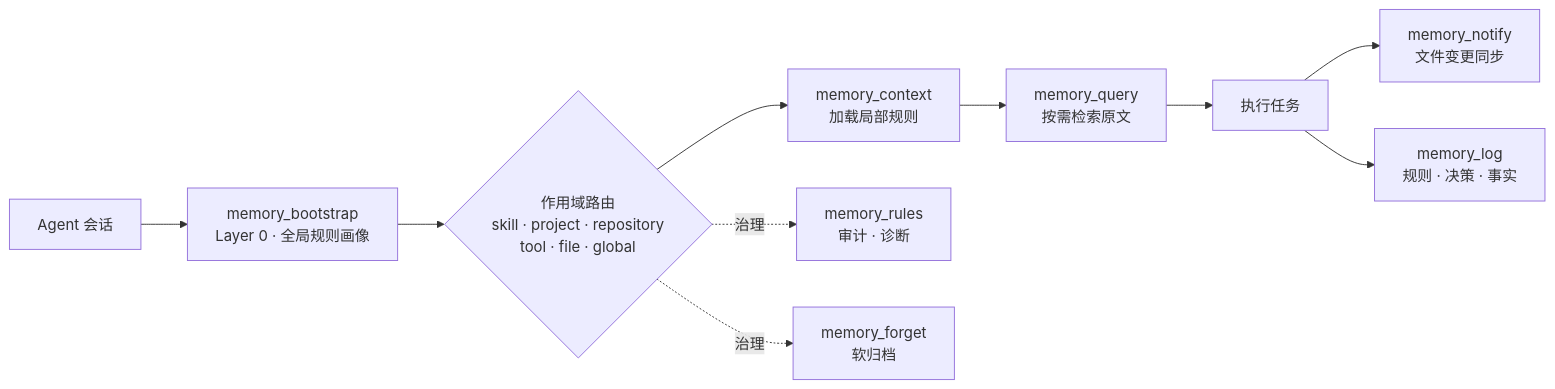
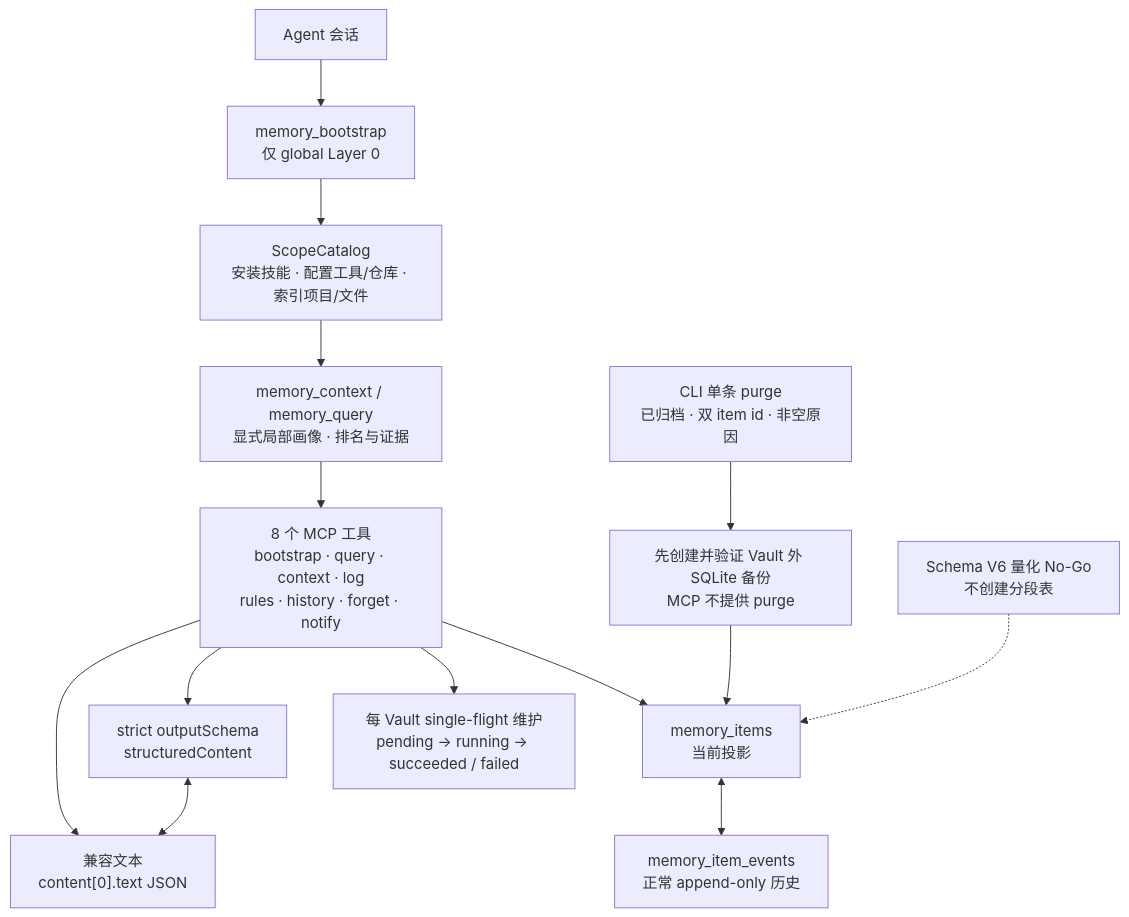
The diagram in assets/lifeos-memory.mmd (luneth90/lifeos), drawn with Mermaid before and after one commit. The commit also changed 15 other files, not shown here.

```diff
--- a/assets/lifeos-memory.mmd
+++ b/assets/lifeos-memory.mmd
@@ -1,10 +1,27 @@
-flowchart LR
-    Agent["Agent 会话"] --> Bootstrap["memory_bootstrap<br/>Layer 0 · 全局规则画像"]
-    Bootstrap --> Route{"作用域路由<br/>skill · project · repository<br/>tool · file · global"}
-    Route --> Context["memory_context<br/>加载局部规则"]
-    Context --> Query["memory_query<br/>按需检索原文"]
-    Query --> Task["执行任务"]
-    Task --> Notify["memory_notify<br/>文件变更同步"]
-    Task --> Log["memory_log<br/>规则 · 决策 · 事实"]
-    Route -. 治理 .-> Rules["memory_rules<br/>审计 · 诊断"]
-    Route -. 治理 .-> Forget["memory_forget<br/>软归档"]
+flowchart TB
+    Agent["Agent 会话"]
+    Bootstrap["memory_bootstrap<br/>仅 global Layer 0"]
+    ScopeCatalog["ScopeCatalog<br/>安装技能 · 配置工具/仓库 · 索引项目/文件"]
+    ContextQuery["memory_context / memory_query<br/>显式局部画像 · 排名与证据"]
+    EightTools["8 个 MCP 工具<br/>bootstrap · query · context · log<br/>rules · history · forget · notify"]
+    StructuredOutput["strict outputSchema<br/>structuredContent"]
+    TextOutput["兼容文本<br/>content[0].text JSON"]
+    MemoryItems["memory_items<br/>当前投影"]
+    MemoryEvents["memory_item_events<br/>正常 append-only 历史"]
+    MaintenanceState["每 Vault single-flight 维护<br/>pending → running → succeeded / failed"]
+    CliPurge["CLI 单条 purge<br/>已归档 · 双 item id · 非空原因"]
+    BackupBoundary["先创建并验证 Vault 外 SQLite 备份<br/>MCP 不提供 purge"]
+    NoSchemaV6["Schema V6 量化 No-Go<br/>不创建分段表"]
+    Agent --> Bootstrap
+    Bootstrap --> ScopeCatalog
+    ScopeCatalog --> ContextQuery
+    ContextQuery --> EightTools
+    EightTools --> StructuredOutput
+    EightTools --> TextOutput
+    StructuredOutput <--> TextOutput
+    EightTools --> MemoryItems
+    MemoryItems <--> MemoryEvents
+    EightTools --> MaintenanceState
+    CliPurge --> BackupBoundary
+    BackupBoundary --> MemoryItems
+    NoSchemaV6 -.-> MemoryItems
```
